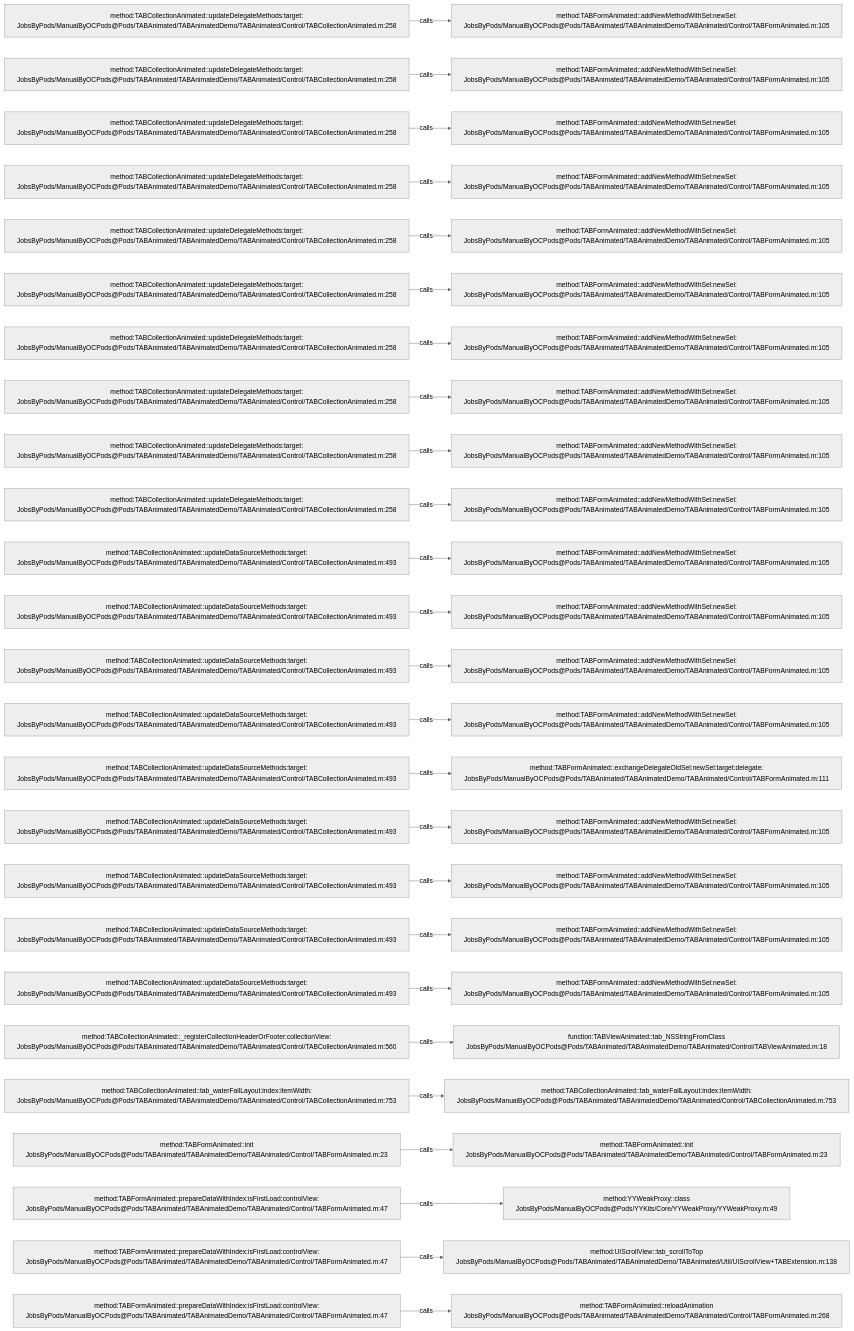
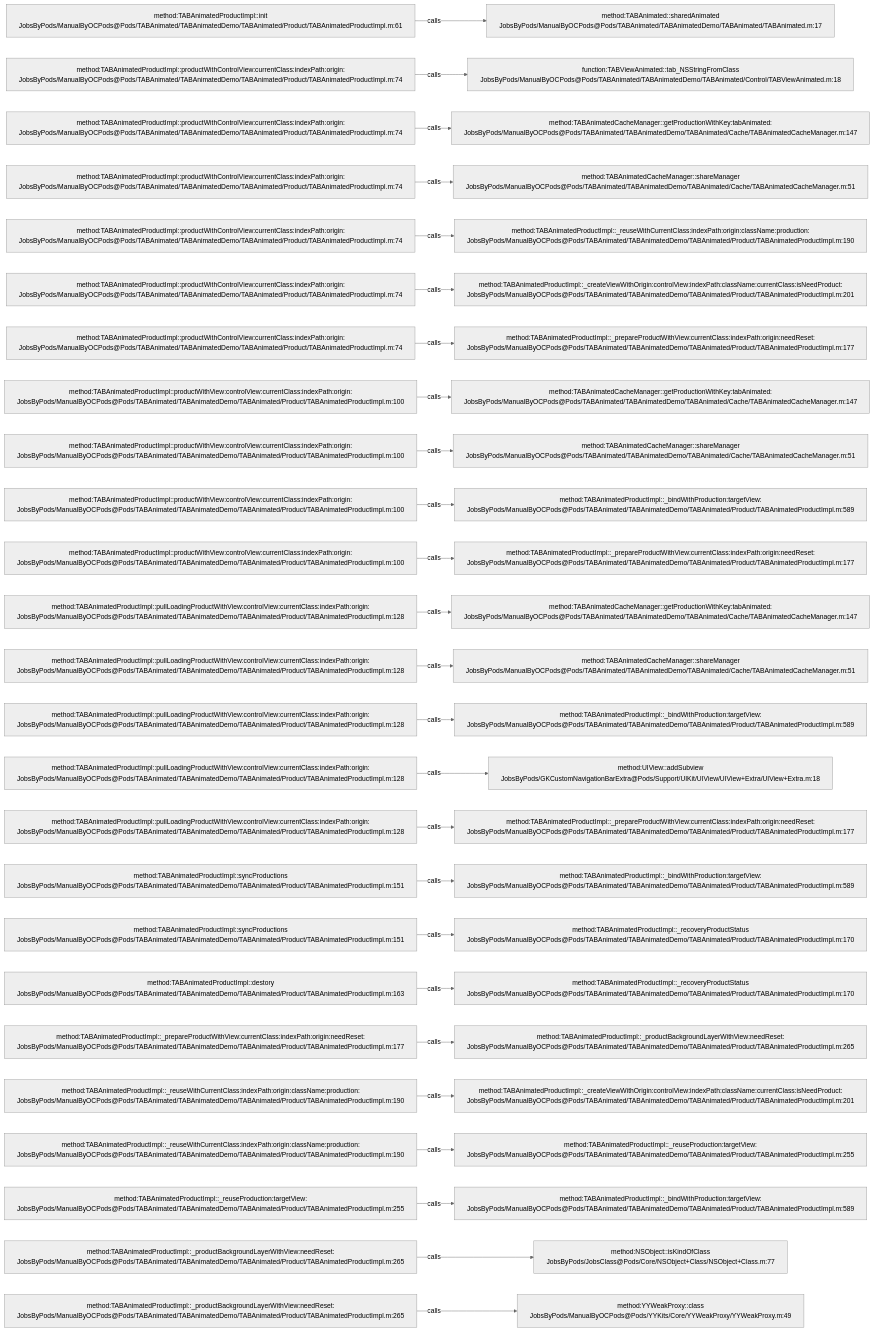
The diagram in .codegraph/codegraph.md/graphs/calls-198.md (JobsKits/JobsOCBaseConfigDemo), drawn with Mermaid (neutral theme) before and after one commit. The commit also changed 639 other files, not shown here.

````diff
--- a/.codegraph/codegraph.md/graphs/calls-198.md
+++ b/.codegraph/codegraph.md/graphs/calls-198.md
@@ -13,78 +13,78 @@
 ```mermaid
 flowchart LR
-  S1["method:TABCollectionAnimated::updateDelegateMethods:target:<br/>JobsByPods/ManualByOCPods@Pods/TABAnimated/TABAnimatedDemo/TABAnimated/Control/TABCollectionAnimated.m:258"]
-  T1["method:TABFormAnimated::addNewMethodWithSel:newSel:<br/>JobsByPods/ManualByOCPods@Pods/TABAnimated/TABAnimatedDemo/TABAnimated/Control/TABFormAnimated.m:105"]
+  S1["method:TABAnimatedProductImpl::init<br/>JobsByPods/ManualByOCPods@Pods/TABAnimated/TABAnimatedDemo/TABAnimated/Product/TABAnimatedProductImpl.m:61"]
+  T1["method:TABAnimated::sharedAnimated<br/>JobsByPods/ManualByOCPods@Pods/TABAnimated/TABAnimatedDemo/TABAnimated/TABAnimated.m:17"]
   S1 -->|calls| T1
-  S2["method:TABCollectionAnimated::updateDelegateMethods:target:<br/>JobsByPods/ManualByOCPods@Pods/TABAnimated/TABAnimatedDemo/TABAnimated/Control/TABCollectionAnimated.m:258"]
-  T2["method:TABFormAnimated::addNewMethodWithSel:newSel:<br/>JobsByPods/ManualByOCPods@Pods/TABAnimated/TABAnimatedDemo/TABAnimated/Control/TABFormAnimated.m:105"]
+  S2["method:TABAnimatedProductImpl::productWithControlView:currentClass:indexPath:origin:<br/>JobsByPods/ManualByOCPods@Pods/TABAnimated/TABAnimatedDemo/TABAnimated/Product/TABAnimatedProductImpl.m:74"]
+  T2["function:TABViewAnimated::tab_NSStringFromClass<br/>JobsByPods/ManualByOCPods@Pods/TABAnimated/TABAnimatedDemo/TABAnimated/Control/TABViewAnimated.m:18"]
   S2 -->|calls| T2
-  S3["method:TABCollectionAnimated::updateDelegateMethods:target:<br/>JobsByPods/ManualByOCPods@Pods/TABAnimated/TABAnimatedDemo/TABAnimated/Control/TABCollectionAnimated.m:258"]
-  T3["method:TABFormAnimated::addNewMethodWithSel:newSel:<br/>JobsByPods/ManualByOCPods@Pods/TABAnimated/TABAnimatedDemo/TABAnimated/Control/TABFormAnimated.m:105"]
+  S3["method:TABAnimatedProductImpl::productWithControlView:currentClass:indexPath:origin:<br/>JobsByPods/ManualByOCPods@Pods/TABAnimated/TABAnimatedDemo/TABAnimated/Product/TABAnimatedProductImpl.m:74"]
+  T3["method:TABAnimatedCacheManager::getProductionWithKey:tabAnimated:<br/>JobsByPods/ManualByOCPods@Pods/TABAnimated/TABAnimatedDemo/TABAnimated/Cache/TABAnimatedCacheManager.m:147"]
   S3 -->|calls| T3
-  S4["method:TABCollectionAnimated::updateDelegateMethods:target:<br/>JobsByPods/ManualByOCPods@Pods/TABAnimated/TABAnimatedDemo/TABAnimated/Control/TABCollectionAnimated.m:258"]
-  T4["method:TABFormAnimated::addNewMethodWithSel:newSel:<br/>JobsByPods/ManualByOCPods@Pods/TABAnimated/TABAnimatedDemo/TABAnimated/Control/TABFormAnimated.m:105"]
+  S4["method:TABAnimatedProductImpl::productWithControlView:currentClass:indexPath:origin:<br/>JobsByPods/ManualByOCPods@Pods/TABAnimated/TABAnimatedDemo/TABAnimated/Product/TABAnimatedProductImpl.m:74"]
+  T4["method:TABAnimatedCacheManager::shareManager<br/>JobsByPods/ManualByOCPods@Pods/TABAnimated/TABAnimatedDemo/TABAnimated/Cache/TABAnimatedCacheManager.m:51"]
   S4 -->|calls| T4
-  S5["method:TABCollectionAnimated::updateDelegateMethods:target:<br/>JobsByPods/ManualByOCPods@Pods/TABAnimated/TABAnimatedDemo/TABAnimated/Control/TABCollectionAnimated.m:258"]
-  T5["method:TABFormAnimated::addNewMethodWithSel:newSel:<br/>JobsByPods/ManualByOCPods@Pods/TABAnimated/TABAnimatedDemo/TABAnimated/Control/TABFormAnimated.m:105"]
+  S5["method:TABAnimatedProductImpl::productWithControlView:currentClass:indexPath:origin:<br/>JobsByPods/ManualByOCPods@Pods/TABAnimated/TABAnimatedDemo/TABAnimated/Product/TABAnimatedProductImpl.m:74"]
+  T5["method:TABAnimatedProductImpl::_reuseWithCurrentClass:indexPath:origin:className:production:<br/>JobsByPods/ManualByOCPods@Pods/TABAnimated/TABAnimatedDemo/TABAnimated/Product/TABAnimatedProductImpl.m:190"]
   S5 -->|calls| T5
-  S6["method:TABCollectionAnimated::updateDelegateMethods:target:<br/>JobsByPods/ManualByOCPods@Pods/TABAnimated/TABAnimatedDemo/TABAnimated/Control/TABCollectionAnimated.m:258"]
-  T6["method:TABFormAnimated::addNewMethodWithSel:newSel:<br/>JobsByPods/ManualByOCPods@Pods/TABAnimated/TABAnimatedDemo/TABAnimated/Control/TABFormAnimated.m:105"]
+  S6["method:TABAnimatedProductImpl::productWithControlView:currentClass:indexPath:origin:<br/>JobsByPods/ManualByOCPods@Pods/TABAnimated/TABAnimatedDemo/TABAnimated/Product/TABAnimatedProductImpl.m:74"]
+  T6["method:TABAnimatedProductImpl::_createViewWithOrigin:controlView:indexPath:className:currentClass:isNeedProduct:<br/>JobsByPods/ManualByOCPods@Pods/TABAnimated/TABAnimatedDemo/TABAnimated/Product/TABAnimatedProductImpl.m:201"]
   S6 -->|calls| T6
-  S7["method:TABCollectionAnimated::updateDelegateMethods:target:<br/>JobsByPods/ManualByOCPods@Pods/TABAnimated/TABAnimatedDemo/TABAnimated/Control/TABCollectionAnimated.m:258"]
-  T7["method:TABFormAnimated::addNewMethodWithSel:newSel:<br/>JobsByPods/ManualByOCPods@Pods/TABAnimated/TABAnimatedDemo/TABAnimated/Control/TABFormAnimated.m:105"]
+  S7["method:TABAnimatedProductImpl::productWithControlView:currentClass:indexPath:origin:<br/>JobsByPods/ManualByOCPods@Pods/TABAnimated/TABAnimatedDemo/TABAnimated/Product/TABAnimatedProductImpl.m:74"]
+  T7["method:TABAnimatedProductImpl::_prepareProductWithView:currentClass:indexPath:origin:needReset:<br/>JobsByPods/ManualByOCPods@Pods/TABAnimated/TABAnimatedDemo/TABAnimated/Product/TABAnimatedProductImpl.m:177"]
   S7 -->|calls| T7
-  S8["method:TABCollectionAnimated::updateDelegateMethods:target:<br/>JobsByPods/ManualByOCPods@Pods/TABAnimated/TABAnimatedDemo/TABAnimated/Control/TABCollectionAnimated.m:258"]
-  T8["method:TABFormAnimated::addNewMethodWithSel:newSel:<br/>JobsByPods/ManualByOCPods@Pods/TABAnimated/TABAnimatedDemo/TABAnimated/Control/TABFormAnimated.m:105"]
+  S8["method:TABAnimatedProductImpl::productWithView:controlView:currentClass:indexPath:origin:<br/>JobsByPods/ManualByOCPods@Pods/TABAnimated/TABAnimatedDemo/TABAnimated/Product/TABAnimatedProductImpl.m:100"]
+  T8["method:TABAnimatedCacheManager::getProductionWithKey:tabAnimated:<br/>JobsByPods/ManualByOCPods@Pods/TABAnimated/TABAnimatedDemo/TABAnimated/Cache/TABAnimatedCacheManager.m:147"]
   S8 -->|calls| T8
-  S9["method:TABCollectionAnimated::updateDelegateMethods:target:<br/>JobsByPods/ManualByOCPods@Pods/TABAnimated/TABAnimatedDemo/TABAnimated/Control/TABCollectionAnimated.m:258"]
-  T9["method:TABFormAnimated::addNewMethodWithSel:newSel:<br/>JobsByPods/ManualByOCPods@Pods/TABAnimated/TABAnimatedDemo/TABAnimated/Control/TABFormAnimated.m:105"]
+  S9["method:TABAnimatedProductImpl::productWithView:controlView:currentClass:indexPath:origin:<br/>JobsByPods/ManualByOCPods@Pods/TABAnimated/TABAnimatedDemo/TABAnimated/Product/TABAnimatedProductImpl.m:100"]
+  T9["method:TABAnimatedCacheManager::shareManager<br/>JobsByPods/ManualByOCPods@Pods/TABAnimated/TABAnimatedDemo/TABAnimated/Cache/TABAnimatedCacheManager.m:51"]
   S9 -->|calls| T9
-  S10["method:TABCollectionAnimated::updateDelegateMethods:target:<br/>JobsByPods/ManualByOCPods@Pods/TABAnimated/TABAnimatedDemo/TABAnimated/Control/TABCollectionAnimated.m:258"]
-  T10["method:TABFormAnimated::addNewMethodWithSel:newSel:<br/>JobsByPods/ManualByOCPods@Pods/TABAnimated/TABAnimatedDemo/TABAnimated/Control/TABFormAnimated.m:105"]
+  S10["method:TABAnimatedProductImpl::productWithView:controlView:currentClass:indexPath:origin:<br/>JobsByPods/ManualByOCPods@Pods/TABAnimated/TABAnimatedDemo/TABAnimated/Product/TABAnimatedProductImpl.m:100"]
+  T10["method:TABAnimatedProductImpl::_bindWithProduction:targetView:<br/>JobsByPods/ManualByOCPods@Pods/TABAnimated/TABAnimatedDemo/TABAnimated/Product/TABAnimatedProductImpl.m:589"]
   S10 -->|calls| T10
-  S11["method:TABCollectionAnimated::updateDataSourceMethods:target:<br/>JobsByPods/ManualByOCPods@Pods/TABAnimated/TABAnimatedDemo/TABAnimated/Control/TABCollectionAnimated.m:493"]
-  T11["method:TABFormAnimated::addNewMethodWithSel:newSel:<br/>JobsByPods/ManualByOCPods@Pods/TABAnimated/TABAnimatedDemo/TABAnimated/Control/TABFormAnimated.m:105"]
+  S11["method:TABAnimatedProductImpl::productWithView:controlView:currentClass:indexPath:origin:<br/>JobsByPods/ManualByOCPods@Pods/TABAnimated/TABAnimatedDemo/TABAnimated/Product/TABAnimatedProductImpl.m:100"]
+  T11["method:TABAnimatedProductImpl::_prepareProductWithView:currentClass:indexPath:origin:needReset:<br/>JobsByPods/ManualByOCPods@Pods/TABAnimated/TABAnimatedDemo/TABAnimated/Product/TABAnimatedProductImpl.m:177"]
   S11 -->|calls| T11
-  S12["method:TABCollectionAnimated::updateDataSourceMethods:target:<br/>JobsByPods/ManualByOCPods@Pods/TABAnimated/TABAnimatedDemo/TABAnimated/Control/TABCollectionAnimated.m:493"]
-  T12["method:TABFormAnimated::addNewMethodWithSel:newSel:<br/>JobsByPods/ManualByOCPods@Pods/TABAnimated/TABAnimatedDemo/TABAnimated/Control/TABFormAnimated.m:105"]
+  S12["method:TABAnimatedProductImpl::pullLoadingProductWithView:controlView:currentClass:indexPath:origin:<br/>JobsByPods/ManualByOCPods@Pods/TABAnimated/TABAnimatedDemo/TABAnimated/Product/TABAnimatedProductImpl.m:128"]
+  T12["method:TABAnimatedCacheManager::getProductionWithKey:tabAnimated:<br/>JobsByPods/ManualByOCPods@Pods/TABAnimated/TABAnimatedDemo/TABAnimated/Cache/TABAnimatedCacheManager.m:147"]
   S12 -->|calls| T12
-  S13["method:TABCollectionAnimated::updateDataSourceMethods:target:<br/>JobsByPods/ManualByOCPods@Pods/TABAnimated/TABAnimatedDemo/TABAnimated/Control/TABCollectionAnimated.m:493"]
-  T13["method:TABFormAnimated::addNewMethodWithSel:newSel:<br/>JobsByPods/ManualByOCPods@Pods/TABAnimated/TABAnimatedDemo/TABAnimated/Control/TABFormAnimated.m:105"]
+  S13["method:TABAnimatedProductImpl::pullLoadingProductWithView:controlView:currentClass:indexPath:origin:<br/>JobsByPods/ManualByOCPods@Pods/TABAnimated/TABAnimatedDemo/TABAnimated/Product/TABAnimatedProductImpl.m:128"]
+  T13["method:TABAnimatedCacheManager::shareManager<br/>JobsByPods/ManualByOCPods@Pods/TABAnimated/TABAnimatedDemo/TABAnimated/Cache/TABAnimatedCacheManager.m:51"]
   S13 -->|calls| T13
-  S14["method:TABCollectionAnimated::updateDataSourceMethods:target:<br/>JobsByPods/ManualByOCPods@Pods/TABAnimated/TABAnimatedDemo/TABAnimated/Control/TABCollectionAnimated.m:493"]
-  T14["method:TABFormAnimated::addNewMethodWithSel:newSel:<br/>JobsByPods/ManualByOCPods@Pods/TABAnimated/TABAnimatedDemo/TABAnimated/Control/TABFormAnimated.m:105"]
+  S14["method:TABAnimatedProductImpl::pullLoadingProductWithView:controlView:currentClass:indexPath:origin:<br/>JobsByPods/ManualByOCPods@Pods/TABAnimated/TABAnimatedDemo/TABAnimated/Product/TABAnimatedProductImpl.m:128"]
+  T14["method:TABAnimatedProductImpl::_bindWithProduction:targetView:<br/>JobsByPods/ManualByOCPods@Pods/TABAnimated/TABAnimatedDemo/TABAnimated/Product/TABAnimatedProductImpl.m:589"]
   S14 -->|calls| T14
-  S15["method:TABCollectionAnimated::updateDataSourceMethods:target:<br/>JobsByPods/ManualByOCPods@Pods/TABAnimated/TABAnimatedDemo/TABAnimated/Control/TABCollectionAnimated.m:493"]
-  T15["method:TABFormAnimated::exchangeDelegateOldSel:newSel:target:delegate:<br/>JobsByPods/ManualByOCPods@Pods/TABAnimated/TABAnimatedDemo/TABAnimated/Control/TABFormAnimated.m:111"]
+  S15["method:TABAnimatedProductImpl::pullLoadingProductWithView:controlView:currentClass:indexPath:origin:<br/>JobsByPods/ManualByOCPods@Pods/TABAnimated/TABAnimatedDemo/TABAnimated/Product/TABAnimatedProductImpl.m:128"]
+  T15["method:UIView::addSubview<br/>JobsByPods/GKCustomNavigationBarExtra@Pods/Support/UIKit/UIView/UIView+Extra/UIView+Extra.m:18"]
   S15 -->|calls| T15
-  S16["method:TABCollectionAnimated::updateDataSourceMethods:target:<br/>JobsByPods/ManualByOCPods@Pods/TABAnimated/TABAnimatedDemo/TABAnimated/Control/TABCollectionAnimated.m:493"]
-  T16["method:TABFormAnimated::addNewMethodWithSel:newSel:<br/>JobsByPods/ManualByOCPods@Pods/TABAnimated/TABAnimatedDemo/TABAnimated/Control/TABFormAnimated.m:105"]
+  S16["method:TABAnimatedProductImpl::pullLoadingProductWithView:controlView:currentClass:indexPath:origin:<br/>JobsByPods/ManualByOCPods@Pods/TABAnimated/TABAnimatedDemo/TABAnimated/Product/TABAnimatedProductImpl.m:128"]
+  T16["method:TABAnimatedProductImpl::_prepareProductWithView:currentClass:indexPath:origin:needReset:<br/>JobsByPods/ManualByOCPods@Pods/TABAnimated/TABAnimatedDemo/TABAnimated/Product/TABAnimatedProductImpl.m:177"]
   S16 -->|calls| T16
-  S17["method:TABCollectionAnimated::updateDataSourceMethods:target:<br/>JobsByPods/ManualByOCPods@Pods/TABAnimated/TABAnimatedDemo/TABAnimated/Control/TABCollectionAnimated.m:493"]
-  T17["method:TABFormAnimated::addNewMethodWithSel:newSel:<br/>JobsByPods/ManualByOCPods@Pods/TABAnimated/TABAnimatedDemo/TABAnimated/Control/TABFormAnimated.m:105"]
+  S17["method:TABAnimatedProductImpl::syncProductions<br/>JobsByPods/ManualByOCPods@Pods/TABAnimated/TABAnimatedDemo/TABAnimated/Product/TABAnimatedProductImpl.m:151"]
+  T17["method:TABAnimatedProductImpl::_bindWithProduction:targetView:<br/>JobsByPods/ManualByOCPods@Pods/TABAnimated/TABAnimatedDemo/TABAnimated/Product/TABAnimatedProductImpl.m:589"]
   S17 -->|calls| T17
-  S18["method:TABCollectionAnimated::updateDataSourceMethods:target:<br/>JobsByPods/ManualByOCPods@Pods/TABAnimated/TABAnimatedDemo/TABAnimated/Control/TABCollectionAnimated.m:493"]
-  T18["method:TABFormAnimated::addNewMethodWithSel:newSel:<br/>JobsByPods/ManualByOCPods@Pods/TABAnimated/TABAnimatedDemo/TABAnimated/Control/TABFormAnimated.m:105"]
+  S18["method:TABAnimatedProductImpl::syncProductions<br/>JobsByPods/ManualByOCPods@Pods/TABAnimated/TABAnimatedDemo/TABAnimated/Product/TABAnimatedProductImpl.m:151"]
+  T18["method:TABAnimatedProductImpl::_recoveryProductStatus<br/>JobsByPods/ManualByOCPods@Pods/TABAnimated/TABAnimatedDemo/TABAnimated/Product/TABAnimatedProductImpl.m:170"]
   S18 -->|calls| T18
-  S19["method:TABCollectionAnimated::updateDataSourceMethods:target:<br/>JobsByPods/ManualByOCPods@Pods/TABAnimated/TABAnimatedDemo/TABAnimated/Control/TABCollectionAnimated.m:493"]
-  T19["method:TABFormAnimated::addNewMethodWithSel:newSel:<br/>JobsByPods/ManualByOCPods@Pods/TABAnimated/TABAnimatedDemo/TABAnimated/Control/TABFormAnimated.m:105"]
+  S19["method:TABAnimatedProductImpl::destory<br/>JobsByPods/ManualByOCPods@Pods/TABAnimated/TABAnimatedDemo/TABAnimated/Product/TABAnimatedProductImpl.m:163"]
+  T19["method:TABAnimatedProductImpl::_recoveryProductStatus<br/>JobsByPods/ManualByOCPods@Pods/TABAnimated/TABAnimatedDemo/TABAnimated/Product/TABAnimatedProductImpl.m:170"]
   S19 -->|calls| T19
-  S20["method:TABCollectionAnimated::_registerCollectionHeaderOrFooter:collectionView:<br/>JobsByPods/ManualByOCPods@Pods/TABAnimated/TABAnimatedDemo/TABAnimated/Control/TABCollectionAnimated.m:560"]
-  T20["function:TABViewAnimated::tab_NSStringFromClass<br/>JobsByPods/ManualByOCPods@Pods/TABAnimated/TABAnimatedDemo/TABAnimated/Control/TABViewAnimated.m:18"]
+  S20["method:TABAnimatedProductImpl::_prepareProductWithView:currentClass:indexPath:origin:needReset:<br/>JobsByPods/ManualByOCPods@Pods/TABAnimated/TABAnimatedDemo/TABAnimated/Product/TABAnimatedProductImpl.m:177"]
+  T20["method:TABAnimatedProductImpl::_productBackgroundLayerWithView:needReset:<br/>JobsByPods/ManualByOCPods@Pods/TABAnimated/TABAnimatedDemo/TABAnimated/Product/TABAnimatedProductImpl.m:265"]
   S20 -->|calls| T20
-  S21["method:TABCollectionAnimated::tab_waterFallLayout:index:itemWidth:<br/>JobsByPods/ManualByOCPods@Pods/TABAnimated/TABAnimatedDemo/TABAnimated/Control/TABCollectionAnimated.m:753"]
-  T21["method:TABCollectionAnimated::tab_waterFallLayout:index:itemWidth:<br/>JobsByPods/ManualByOCPods@Pods/TABAnimated/TABAnimatedDemo/TABAnimated/Control/TABCollectionAnimated.m:753"]
+  S21["method:TABAnimatedProductImpl::_reuseWithCurrentClass:indexPath:origin:className:production:<br/>JobsByPods/ManualByOCPods@Pods/TABAnimated/TABAnimatedDemo/TABAnimated/Product/TABAnimatedProductImpl.m:190"]
+  T21["method:TABAnimatedProductImpl::_createViewWithOrigin:controlView:indexPath:className:currentClass:isNeedProduct:<br/>JobsByPods/ManualByOCPods@Pods/TABAnimated/TABAnimatedDemo/TABAnimated/Product/TABAnimatedProductImpl.m:201"]
   S21 -->|calls| T21
-  S22["method:TABFormAnimated::init<br/>JobsByPods/ManualByOCPods@Pods/TABAnimated/TABAnimatedDemo/TABAnimated/Control/TABFormAnimated.m:23"]
-  T22["method:TABFormAnimated::init<br/>JobsByPods/ManualByOCPods@Pods/TABAnimated/TABAnimatedDemo/TABAnimated/Control/TABFormAnimated.m:23"]
+  S22["method:TABAnimatedProductImpl::_reuseWithCurrentClass:indexPath:origin:className:production:<br/>JobsByPods/ManualByOCPods@Pods/TABAnimated/TABAnimatedDemo/TABAnimated/Product/TABAnimatedProductImpl.m:190"]
+  T22["method:TABAnimatedProductImpl::_reuseProduction:targetView:<br/>JobsByPods/ManualByOCPods@Pods/TABAnimated/TABAnimatedDemo/TABAnimated/Product/TABAnimatedProductImpl.m:255"]
   S22 -->|calls| T22
-  S23["method:TABFormAnimated::prepareDataWithIndex:isFirstLoad:controlView:<br/>JobsByPods/ManualByOCPods@Pods/TABAnimated/TABAnimatedDemo/TABAnimated/Control/TABFormAnimated.m:47"]
-  T23["method:YYWeakProxy::class<br/>JobsByPods/ManualByOCPods@Pods/YYKits/Core/YYWeakProxy/YYWeakProxy.m:49"]
+  S23["method:TABAnimatedProductImpl::_reuseProduction:targetView:<br/>JobsByPods/ManualByOCPods@Pods/TABAnimated/TABAnimatedDemo/TABAnimated/Product/TABAnimatedProductImpl.m:255"]
+  T23["method:TABAnimatedProductImpl::_bindWithProduction:targetView:<br/>JobsByPods/ManualByOCPods@Pods/TABAnimated/TABAnimatedDemo/TABAnimated/Product/TABAnimatedProductImpl.m:589"]
   S23 -->|calls| T23
-  S24["method:TABFormAnimated::prepareDataWithIndex:isFirstLoad:controlView:<br/>JobsByPods/ManualByOCPods@Pods/TABAnimated/TABAnimatedDemo/TABAnimated/Control/TABFormAnimated.m:47"]
-  T24["method:UIScrollView::tab_scrollToTop<br/>JobsByPods/ManualByOCPods@Pods/TABAnimated/TABAnimatedDemo/TABAnimated/Util/UIScrollView+TABExtension.m:138"]
+  S24["method:TABAnimatedProductImpl::_productBackgroundLayerWithView:needReset:<br/>JobsByPods/ManualByOCPods@Pods/TABAnimated/TABAnimatedDemo/TABAnimated/Product/TABAnimatedProductImpl.m:265"]
+  T24["method:NSObject::isKindOfClass<br/>JobsByPods/JobsClass@Pods/Core/NSObject+Class/NSObject+Class.m:77"]
   S24 -->|calls| T24
-  S25["method:TABFormAnimated::prepareDataWithIndex:isFirstLoad:controlView:<br/>JobsByPods/ManualByOCPods@Pods/TABAnimated/TABAnimatedDemo/TABAnimated/Control/TABFormAnimated.m:47"]
-  T25["method:TABFormAnimated::reloadAnimation<br/>JobsByPods/ManualByOCPods@Pods/TABAnimated/TABAnimatedDemo/TABAnimated/Control/TABFormAnimated.m:268"]
+  S25["method:TABAnimatedProductImpl::_productBackgroundLayerWithView:needReset:<br/>JobsByPods/ManualByOCPods@Pods/TABAnimated/TABAnimatedDemo/TABAnimated/Product/TABAnimatedProductImpl.m:265"]
+  T25["method:YYWeakProxy::class<br/>JobsByPods/ManualByOCPods@Pods/YYKits/Core/YYWeakProxy/YYWeakProxy.m:49"]
   S25 -->|calls| T25
 ```
````
